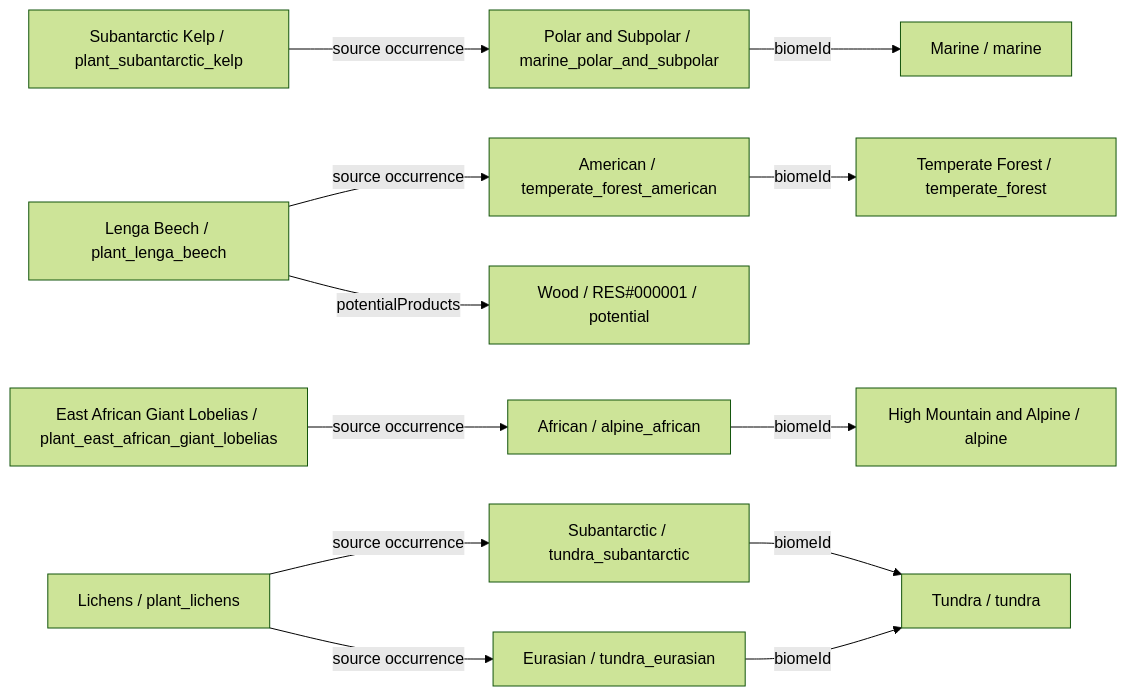
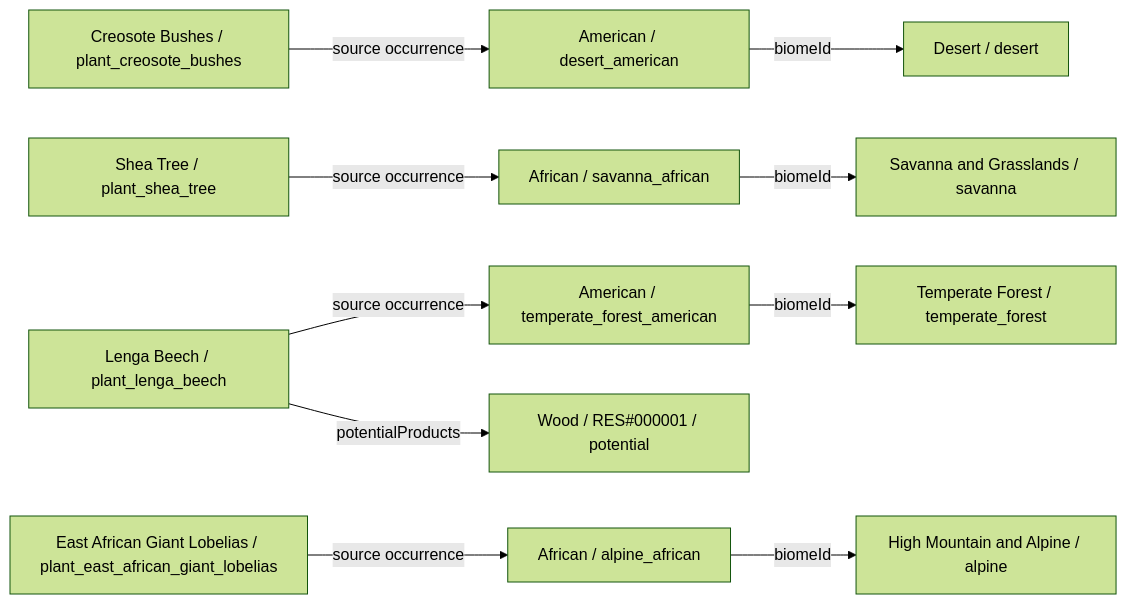
Before and after one commit to fgabo404/EvolveDoc: diagram 13 of 34 in data/plants/DIAGRAMS.md, drawn with Mermaid (forest theme). The commit also changed other lines of this file and 59 other files, not shown here.

````diff
--- a/data/plants/DIAGRAMS.md
+++ b/data/plants/DIAGRAMS.md
@@ -542,28 +481,25 @@
 ```mermaid
 flowchart LR
-    c0["Subantarctic Kelp / plant_subantarctic_kelp"]
-    v21["Polar and Subpolar / marine_polar_and_subpolar"]
-    b5["Marine / marine"]
-    c1["Lenga Beech / plant_lenga_beech"]
+    c0["Creosote Bushes / plant_creosote_bushes"]
+    v15["American / desert_american"]
+    b4["Desert / desert"]
+    c1["Shea Tree / plant_shea_tree"]
+    v11["African / savanna_african"]
+    b3["Savanna and Grasslands / savanna"]
+    c2["Lenga Beech / plant_lenga_beech"]
     v5["American / temperate_forest_american"]
     b1["Temperate Forest / temperate_forest"]
-    o1_0["Wood / RES#000001 / potential"]
-    c2["East African Giant Lobelias / plant_east_african_giant_lobelias"]
+    o2_0["Wood / RES#000001 / potential"]
+    c3["East African Giant Lobelias / plant_east_african_giant_lobelias"]
     v26["African / alpine_african"]
     b6["High Mountain and Alpine / alpine"]
-    c3["Lichens / plant_lichens"]
-    v9["Eurasian / tundra_eurasian"]
-    b2["Tundra / tundra"]
-    v10["Subantarctic / tundra_subantarctic"]
-    c0 -->|source occurrence| v21
-    c1 -->|potentialProducts| o1_0
-    c1 -->|source occurrence| v5
-    c2 -->|source occurrence| v26
-    c3 -->|source occurrence| v10
-    c3 -->|source occurrence| v9
-    v10 -->|biomeId| b2
-    v21 -->|biomeId| b5
+    c0 -->|source occurrence| v15
+    c1 -->|source occurrence| v11
+    c2 -->|potentialProducts| o2_0
+    c2 -->|source occurrence| v5
+    c3 -->|source occurrence| v26
+    v11 -->|biomeId| b3
+    v15 -->|biomeId| b4
     v26 -->|biomeId| b6
     v5 -->|biomeId| b1
-    v9 -->|biomeId| b2
 ```
````
